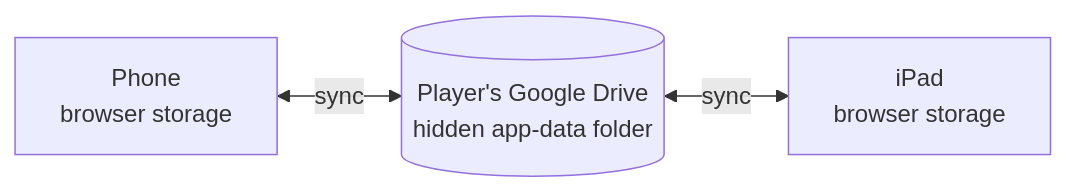
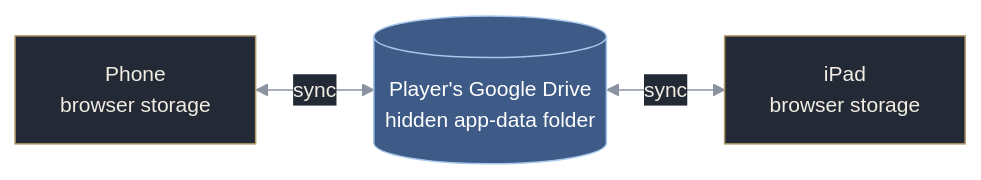
One commit to codex-magica/codex-magica.github.io changed the third of 3 diagrams in README.md. Above: the diagram before and after it, drawn with Mermaid. The commit also changed other lines of this file and 1 other file, not shown here.

First line of the commit message:
Style the Mermaid diagrams so GitHub renders them as intended

````diff
--- a/README.md
+++ b/README.md
@@ -208,5 +218,9 @@
 ```mermaid
+%%{init: {"theme": "base", "fontFamily": "Helvetica, Arial, sans-serif", "themeVariables": {"fontFamily": "Helvetica, Arial, sans-serif", "fontSize": "14px", "primaryColor": "#232a35", "primaryTextColor": "#f2ede3", "primaryBorderColor": "#b19869", "lineColor": "#8b93a1", "textColor": "#f2ede3", "edgeLabelBackground": "#232a35"}}}%%
 flowchart LR
     A["Phone<br/>browser storage"] <-->|"sync"| D[("Player's Google Drive<br/>hidden app-data folder")]
     D <-->|"sync"| B["iPad<br/>browser storage"]
+    classDef input fill:#b19869,stroke:#8a744a,color:#1c2129
+    classDef key fill:#3e5a86,stroke:#a7c8ea,color:#ffffff
+    class D key
 ```
````
